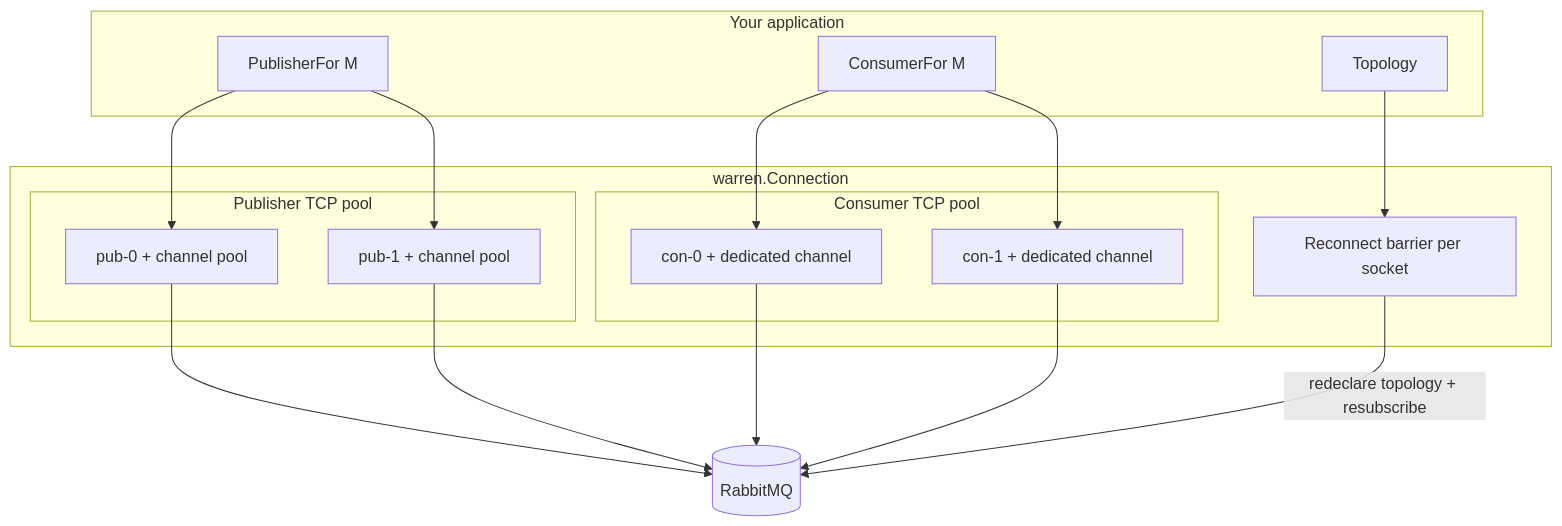
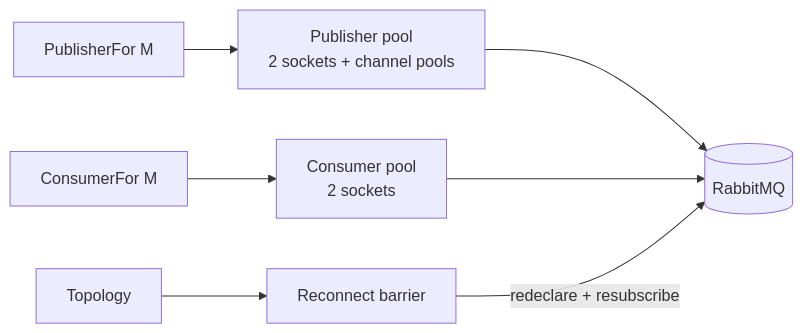
Before and after one commit to brunomvsouza/warren: the diagram in README.md, drawn with Mermaid. The commit also changed other lines of this file, not shown here.

````diff
--- a/README.md
+++ b/README.md
@@ -198,29 +110,9 @@
 ```mermaid
-flowchart TB
-  subgraph app [Your application]
-    P[PublisherFor M]
-    C[ConsumerFor M]
-    T[Topology]
-  end
-
-  subgraph warren [warren.Connection]
-    subgraph pub [Publisher TCP pool]
-      PC1[pub-0 + channel pool]
-      PC2[pub-1 + channel pool]
-    end
-    subgraph con [Consumer TCP pool]
-      CC1[con-0 + dedicated channel]
-      CC2[con-1 + dedicated channel]
-    end
-    R[Reconnect barrier per socket]
-  end
-
-  B[(RabbitMQ)]
-
-  P --> PC1 & PC2
-  C --> CC1 & CC2
-  T --> R
-  PC1 & PC2 --> B
-  CC1 & CC2 --> B
-  R -->|redeclare topology + resubscribe| B
+flowchart LR
+  P[PublisherFor M] --> PUB[Publisher pool<br/>2 sockets + channel pools]
+  C[ConsumerFor M] --> CON[Consumer pool<br/>2 sockets]
+  T[Topology] --> R[Reconnect barrier]
+  PUB --> B[(RabbitMQ)]
+  CON --> B
+  R -->|redeclare + resubscribe| B
 ```
````
